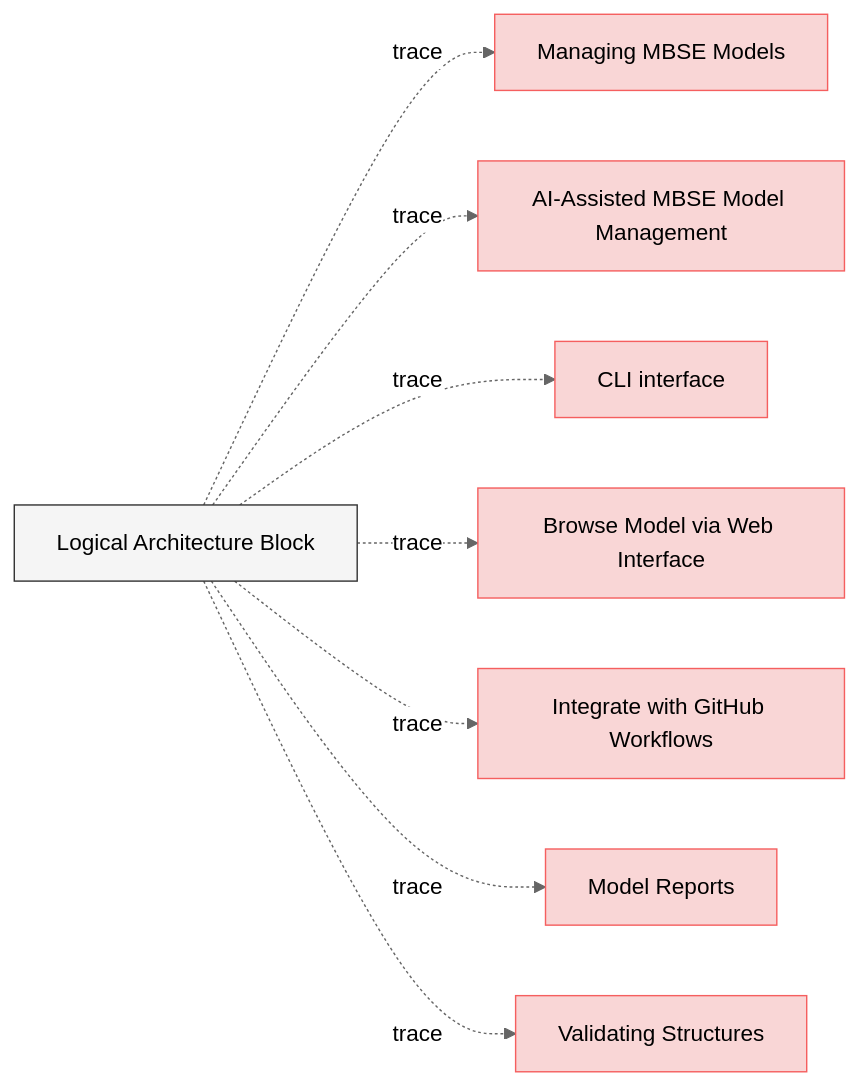
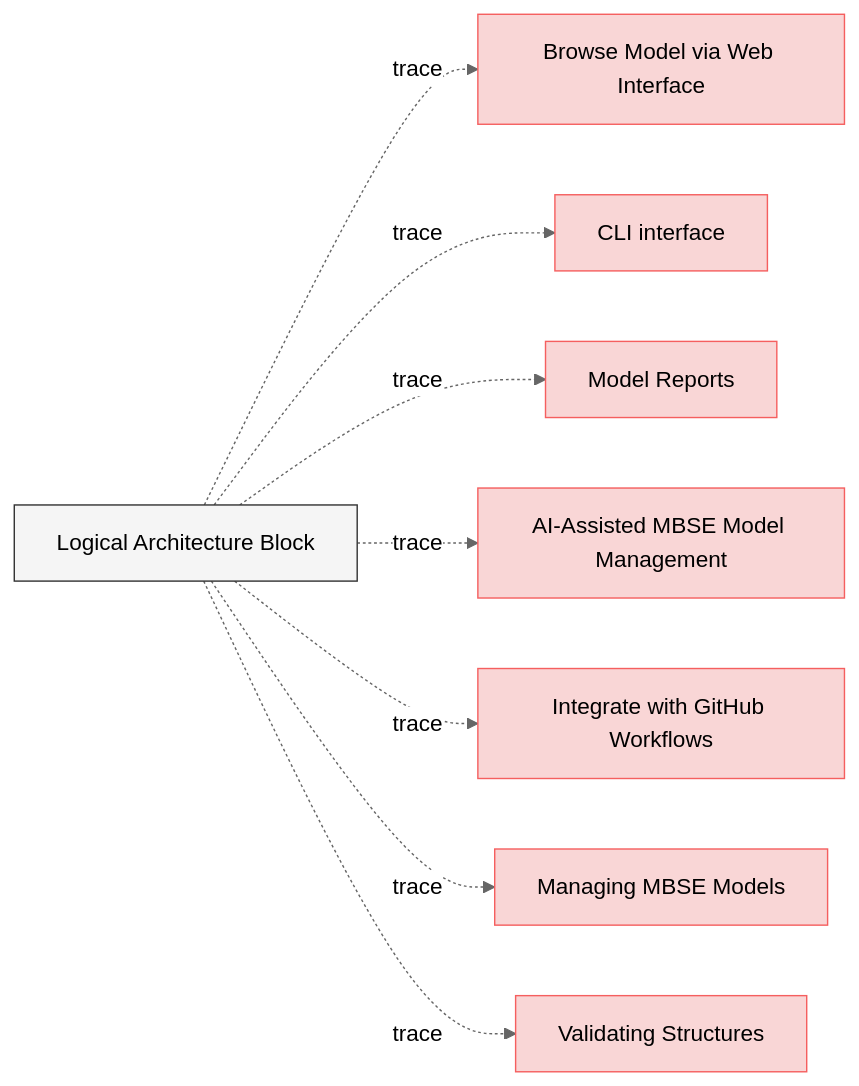
The first of 5 diagrams in specifications/Architecture.md (reqvire-org/reqvire), drawn with Mermaid (neutral theme) before and after one commit. The commit also changed other lines of this file and 45 other files, not shown here.

````diff
--- a/specifications/Architecture.md
+++ b/specifications/Architecture.md
@@ -6,41 +6,41 @@
 ```mermaid
 graph LR;
   %% REQVIRE-AUTOGENERATED-DIAGRAM
   %% Graph styling
   classDef userRequirement fill:#f9d6d6,stroke:#f55f5f,stroke-width:1px;
   classDef systemRequirement fill:#fce4e4,stroke:#e68a8a,stroke-width:1px;
   classDef verification fill:#d6f9d6,stroke:#5fd75f,stroke-width:1px;
   classDef default fill:#f5f5f5,stroke:#333333,stroke-width:1px;
 
   7d9bdb39c1c646f3["Logical Architecture Block"];
   class 7d9bdb39c1c646f3 default;
   click 7d9bdb39c1c646f3 "Architecture.md#logical-architecture-block";
+  a44b59684c593d1e["Browse Model via Web Interface"];
+  class a44b59684c593d1e userRequirement;
+  click a44b59684c593d1e "UserRequirements.md#browse-model-via-web-interface";
+  7d9bdb39c1c646f3 -.->|trace| a44b59684c593d1e;
+  f28849d46c19af44["CLI interface"];
+  class f28849d46c19af44 userRequirement;
+  click f28849d46c19af44 "UserRequirements.md#cli-interface";
+  7d9bdb39c1c646f3 -.->|trace| f28849d46c19af44;
+  70701096d332c0b2["Model Reports"];
+  class 70701096d332c0b2 userRequirement;
+  click 70701096d332c0b2 "UserRequirements.md#model-reports";
+  7d9bdb39c1c646f3 -.->|trace| 70701096d332c0b2;
+  cd2d5dab49985ca2["AI-Assisted MBSE Model Management"];
+  class cd2d5dab49985ca2 userRequirement;
+  click cd2d5dab49985ca2 "UserStories.md#ai-assisted-mbse-model-management";
+  7d9bdb39c1c646f3 -.->|trace| cd2d5dab49985ca2;
+  98eaeddc27f99e11["Integrate with GitHub Workflows"];
+  class 98eaeddc27f99e11 userRequirement;
+  click 98eaeddc27f99e11 "UserStories.md#integrate-with-github-workflows";
+  7d9bdb39c1c646f3 -.->|trace| 98eaeddc27f99e11;
   e61b7c1baa89bfc6["Managing MBSE Models"];
   class e61b7c1baa89bfc6 userRequirement;
   click e61b7c1baa89bfc6 "UserStories.md#managing-mbse-models";
   7d9bdb39c1c646f3 -.->|trace| e61b7c1baa89bfc6;
-  cd2d5dab49985ca2["AI-Assisted MBSE Model Management"];
-  class cd2d5dab49985ca2 userRequirement;
-  click cd2d5dab49985ca2 "UserStories.md#ai-assisted-mbse-model-management";
-  7d9bdb39c1c646f3 -.->|trace| cd2d5dab49985ca2;
-  f28849d46c19af44["CLI interface"];
-  class f28849d46c19af44 userRequirement;
-  click f28849d46c19af44 "UserRequirements.md#cli-interface";
-  7d9bdb39c1c646f3 -.->|trace| f28849d46c19af44;
-  a44b59684c593d1e["Browse Model via Web Interface"];
-  class a44b59684c593d1e userRequirement;
-  click a44b59684c593d1e "UserRequirements.md#browse-model-via-web-interface";
-  7d9bdb39c1c646f3 -.->|trace| a44b59684c593d1e;
-  98eaeddc27f99e11["Integrate with GitHub Workflows"];
-  class 98eaeddc27f99e11 userRequirement;
-  click 98eaeddc27f99e11 "UserStories.md#integrate-with-github-workflows";
-  7d9bdb39c1c646f3 -.->|trace| 98eaeddc27f99e11;
-  70701096d332c0b2["Model Reports"];
-  class 70701096d332c0b2 userRequirement;
-  click 70701096d332c0b2 "UserRequirements.md#model-reports";
-  7d9bdb39c1c646f3 -.->|trace| 70701096d332c0b2;
   113748a94885138d["Validating Structures"];
   class 113748a94885138d userRequirement;
   click 113748a94885138d "UserStories.md#validating-structures";
   7d9bdb39c1c646f3 -.->|trace| 113748a94885138d;
 ```
````
